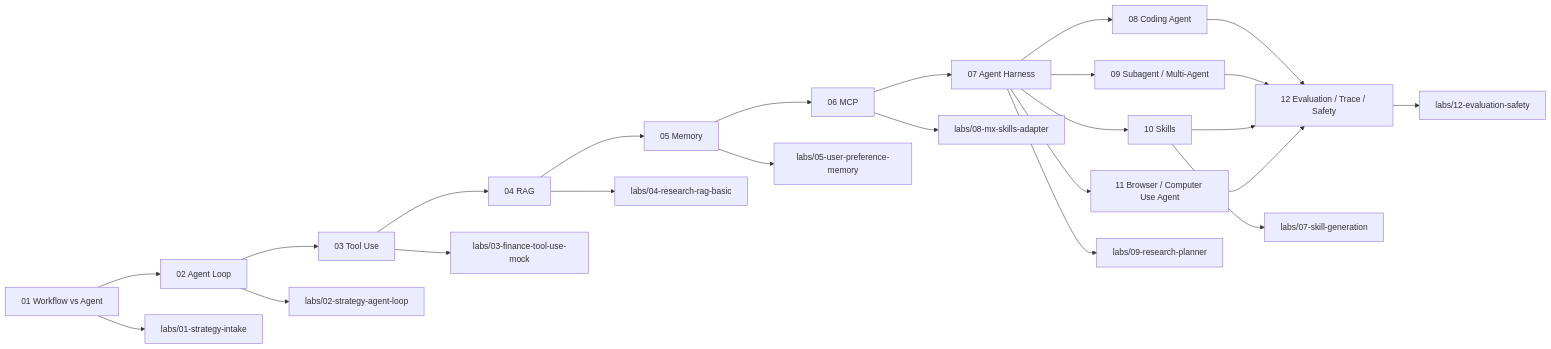
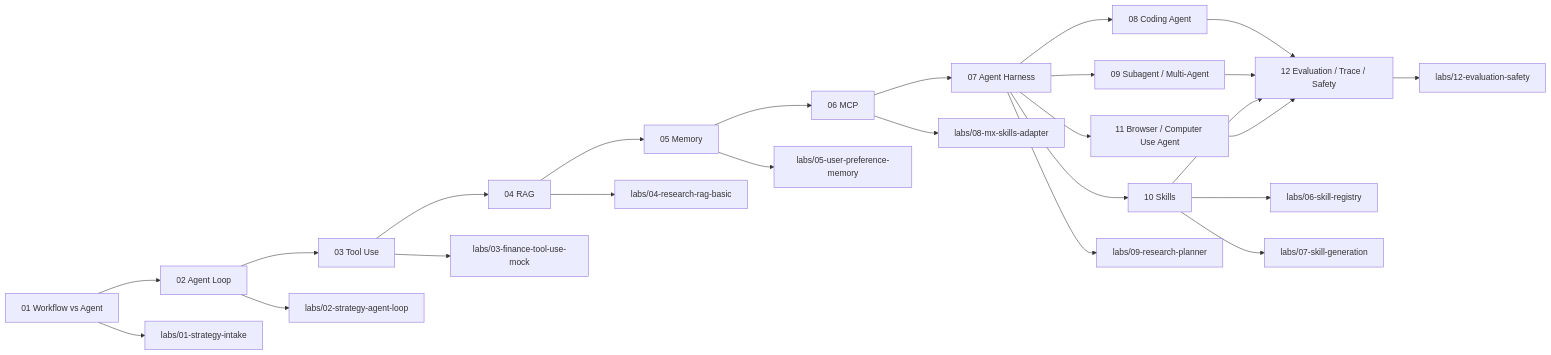
Before and after one commit to pittosporum-seu/Learning_Agent: the second of 4 diagrams in docs/document-graph.md, drawn with Mermaid. The commit also changed other lines of this file and 20 other files, not shown here.

````diff
--- a/docs/document-graph.md
+++ b/docs/document-graph.md
@@ -43,27 +43,28 @@
 ```mermaid
 flowchart LR
     D01["01 Workflow vs Agent"] --> D02["02 Agent Loop"]
     D02 --> D03["03 Tool Use"]
     D03 --> D04["04 RAG"]
     D04 --> D05["05 Memory"]
     D05 --> D06["06 MCP"]
     D06 --> D07["07 Agent Harness"]
     D07 --> D08["08 Coding Agent"]
     D07 --> D09["09 Subagent / Multi-Agent"]
     D07 --> D10["10 Skills"]
     D07 --> D11["11 Browser / Computer Use Agent"]
     D08 --> D12["12 Evaluation / Trace / Safety"]
     D09 --> D12
     D10 --> D12
     D11 --> D12
 
     D01 --> L01["labs/01-strategy-intake"]
     D02 --> L02["labs/02-strategy-agent-loop"]
     D03 --> L03["labs/03-finance-tool-use-mock"]
     D04 --> L04["labs/04-research-rag-basic"]
     D05 --> L05["labs/05-user-preference-memory"]
     D06 --> L08["labs/08-mx-skills-adapter"]
     D07 --> L09["labs/09-research-planner"]
+    D10 --> L06["labs/06-skill-registry"]
     D10 --> L07["labs/07-skill-generation"]
     D12 --> L12["labs/12-evaluation-safety"]
 ```
````
